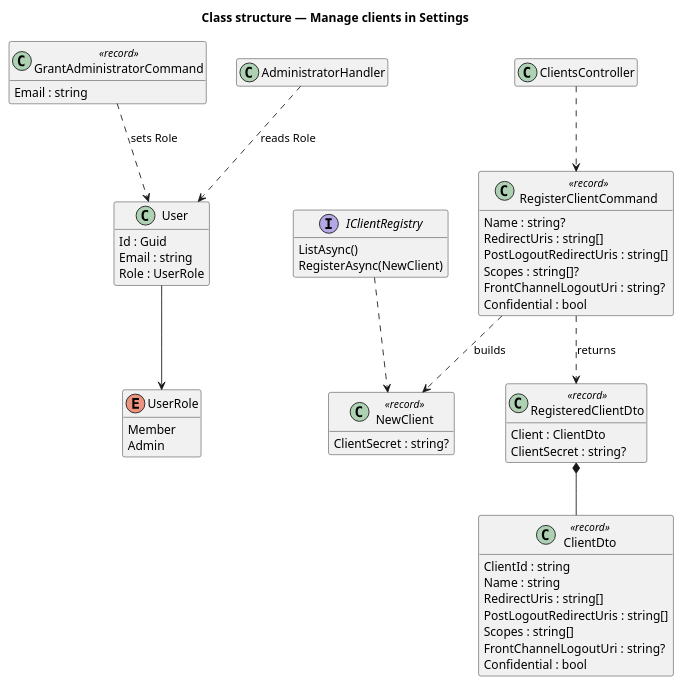
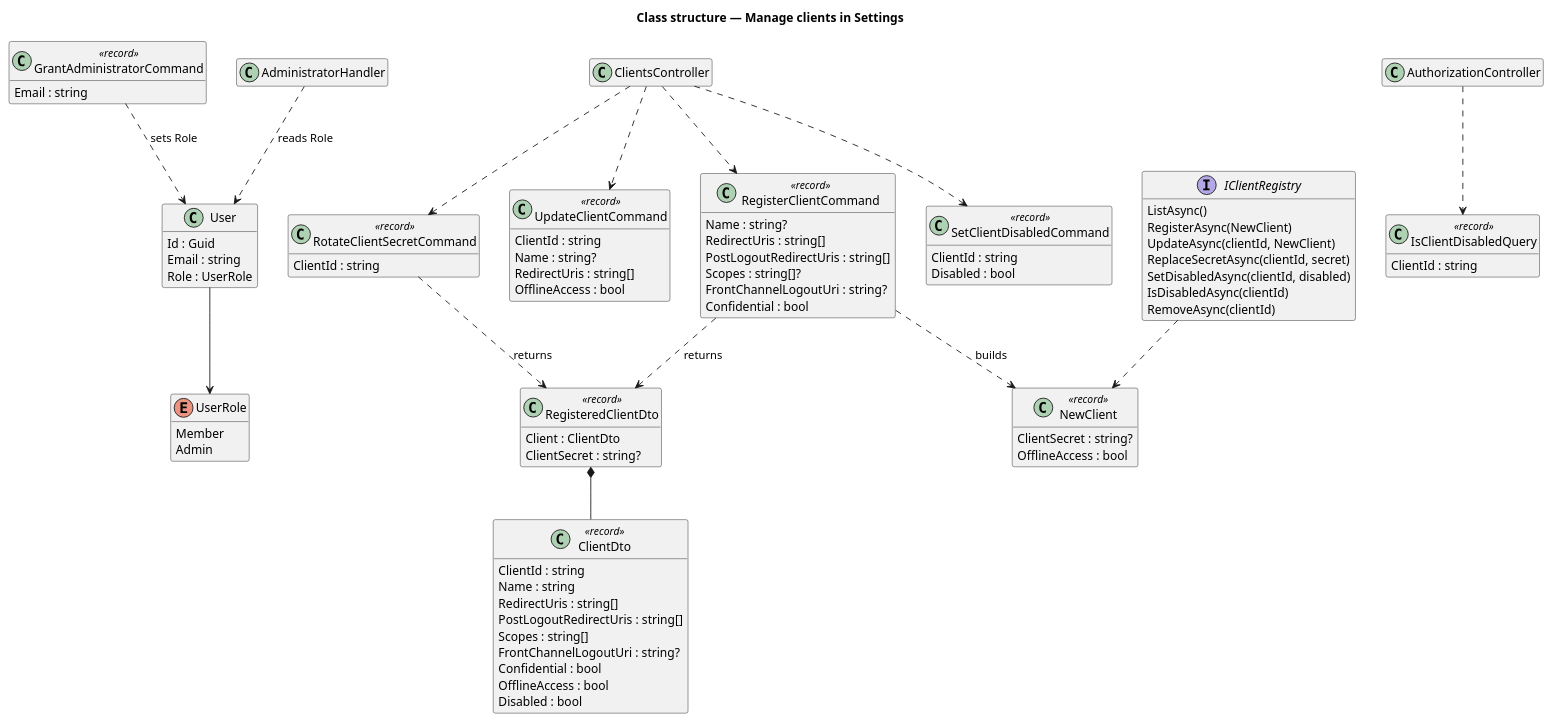
Before and after one commit to QuinntyneBrown/ingresso: the diagram in docs/detailed-designs/identity-provider/manage-clients-in-settings/diagrams/class-structure.puml, drawn with PlantUML. The commit also changed 109 other files, not shown here.

```diff
--- a/docs/detailed-designs/identity-provider/manage-clients-in-settings/diagrams/class-structure.puml
+++ b/docs/detailed-designs/identity-provider/manage-clients-in-settings/diagrams/class-structure.puml
@@ -1,54 +1,84 @@
 @startuml
 title Class structure — Manage clients in Settings
 hide empty members
 enum UserRole {
   Member
   Admin
 }
 class User {
   Id : Guid
   Email : string
   Role : UserRole
 }
 User --> UserRole
 class GrantAdministratorCommand <<record>> {
   Email : string
 }
 class RegisterClientCommand <<record>> {
   Name : string?
   RedirectUris : string[]
   PostLogoutRedirectUris : string[]
   Scopes : string[]?
   FrontChannelLogoutUri : string?
   Confidential : bool
 }
 class RegisteredClientDto <<record>> {
   Client : ClientDto
   ClientSecret : string?
 }
 class ClientDto <<record>> {
   ClientId : string
   Name : string
   RedirectUris : string[]
   PostLogoutRedirectUris : string[]
   Scopes : string[]
   FrontChannelLogoutUri : string?
   Confidential : bool
+  OfflineAccess : bool
+  Disabled : bool
 }
 class NewClient <<record>> {
   ClientSecret : string?
+  OfflineAccess : bool
 }
+class UpdateClientCommand <<record>> {
+  ClientId : string
+  Name : string?
+  RedirectUris : string[]
+  OfflineAccess : bool
+}
+class RotateClientSecretCommand <<record>> {
+  ClientId : string
+}
+class SetClientDisabledCommand <<record>> {
+  ClientId : string
+  Disabled : bool
+}
+class IsClientDisabledQuery <<record>> {
+  ClientId : string
+}
+class AuthorizationController
 interface IClientRegistry {
   ListAsync()
   RegisterAsync(NewClient)
+  UpdateAsync(clientId, NewClient)
+  ReplaceSecretAsync(clientId, secret)
+  SetDisabledAsync(clientId, disabled)
+  IsDisabledAsync(clientId)
+  RemoveAsync(clientId)
 }
 class AdministratorHandler
 class ClientsController
 RegisterClientCommand ..> RegisteredClientDto : returns
 RegisteredClientDto *-- ClientDto
 RegisterClientCommand ..> NewClient : builds
 IClientRegistry ..> NewClient
 ClientsController ..> RegisterClientCommand
+ClientsController ..> UpdateClientCommand
+ClientsController ..> RotateClientSecretCommand
+ClientsController ..> SetClientDisabledCommand
+AuthorizationController ..> IsClientDisabledQuery
+RotateClientSecretCommand ..> RegisteredClientDto : returns
 AdministratorHandler ..> User : reads Role
 GrantAdministratorCommand ..> User : sets Role
 @enduml
```
